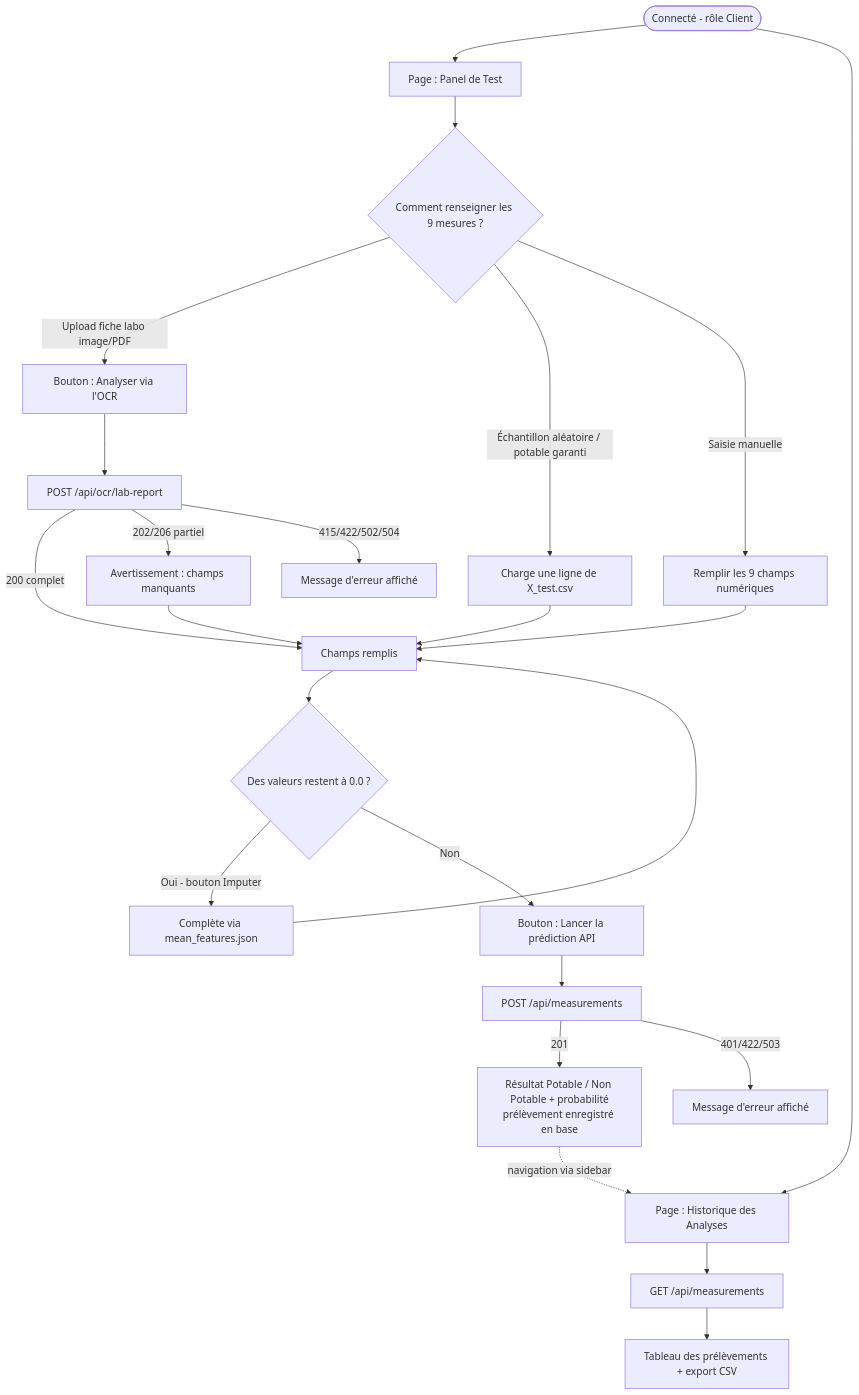
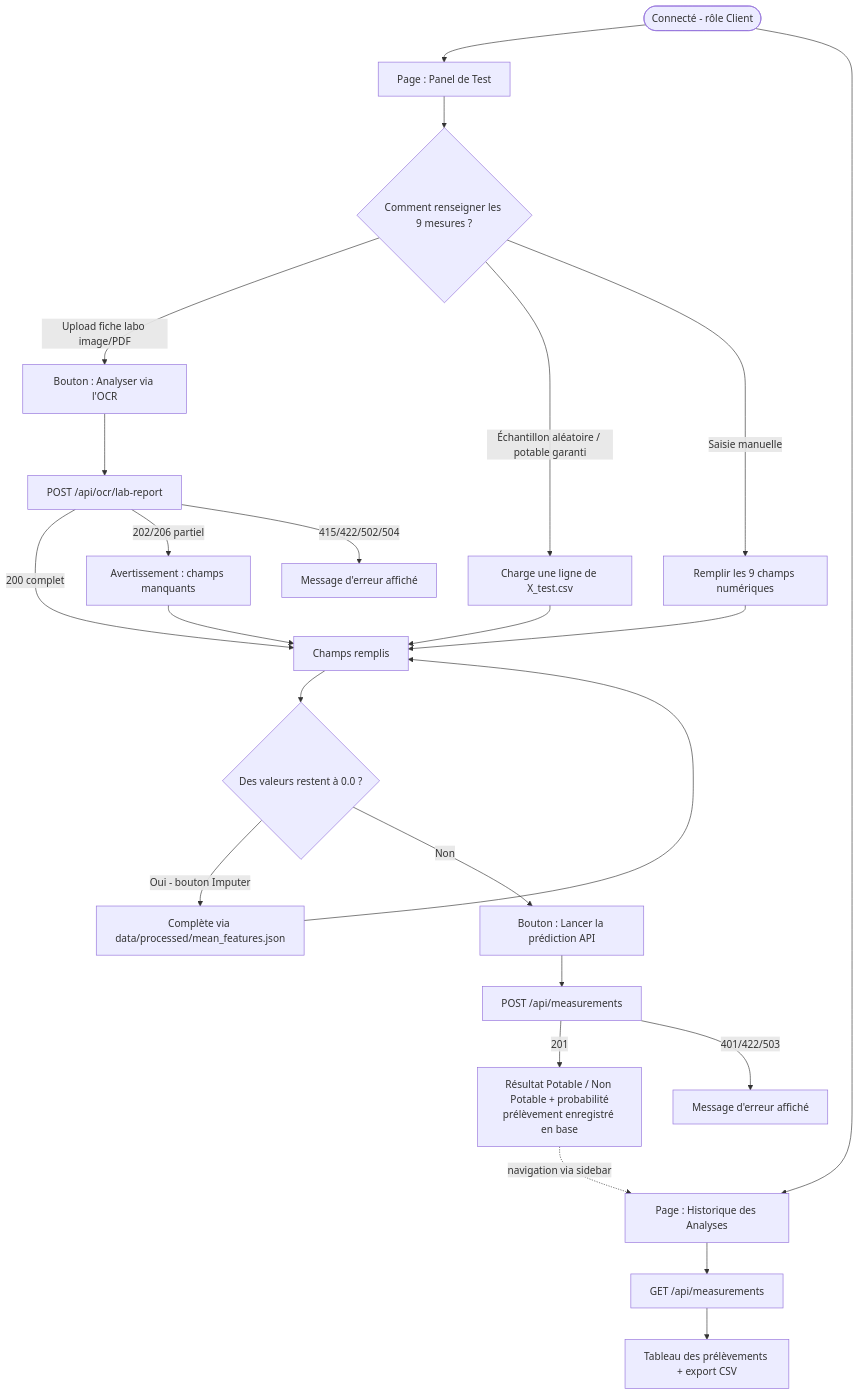
One commit to ilyes-chabab/waterflow changed the second of 4 diagrams in docs/parcours_utilisateurs.md. Above: the diagram before and after it, drawn with Mermaid. The commit also changed other lines of this file and 16 other files, not shown here.

````diff
--- a/docs/parcours_utilisateurs.md
+++ b/docs/parcours_utilisateurs.md
@@ -26,27 +26,27 @@
 ```mermaid
 flowchart TD
     Start([Connecté - rôle Client]) --> Panel[Page : Panel de Test]
 
     Panel --> Choice{Comment renseigner les 9 mesures ?}
     Choice -->|Upload fiche labo image/PDF| OCR[Bouton : Analyser via l'OCR]
     OCR --> OCRcall[POST /api/ocr/lab-report]
     OCRcall -->|200 complet| Fields[Champs remplis]
     OCRcall -->|202/206 partiel| Warn[Avertissement : champs manquants] --> Fields
     OCRcall -->|415/422/502/504| ErrOCR[Message d'erreur affiché]
 
     Choice -->|Échantillon aléatoire / potable garanti| Sample[Charge une ligne de X_test.csv] --> Fields
     Choice -->|Saisie manuelle| Manual[Remplir les 9 champs numériques] --> Fields
 
     Fields --> Impute{Des valeurs restent à 0.0 ?}
-    Impute -->|Oui - bouton Imputer| ImputeCall[Complète via mean_features.json] --> Fields
+    Impute -->|Oui - bouton Imputer| ImputeCall[Complète via data/processed/mean_features.json] --> Fields
     Impute -->|Non| Predict[Bouton : Lancer la prédiction API]
 
     Predict --> PredictCall[POST /api/measurements]
     PredictCall -->|201| Result[Résultat Potable / Non Potable + probabilité<br/>prélèvement enregistré en base]
     PredictCall -->|401/422/503| ErrPred[Message d'erreur affiché]
 
     Start --> Hist[Page : Historique des Analyses]
     Hist --> HistCall[GET /api/measurements]
     HistCall --> Table[Tableau des prélèvements + export CSV]
     Result -.->|navigation via sidebar| Hist
 ```
````
